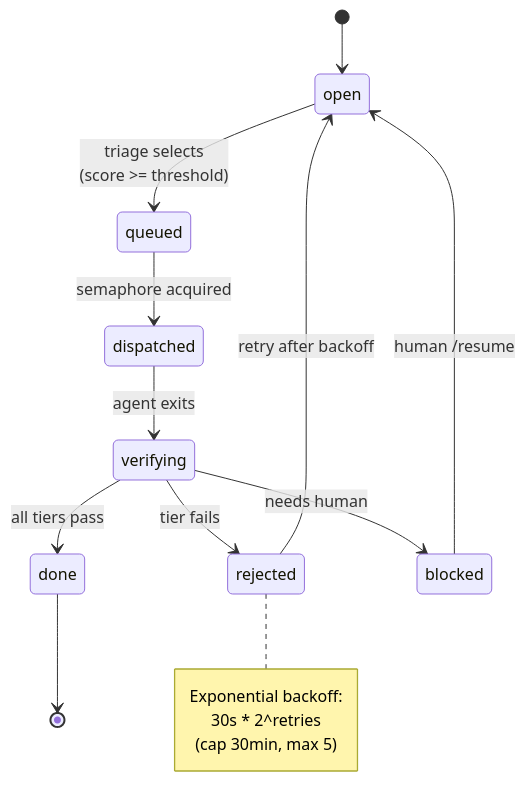
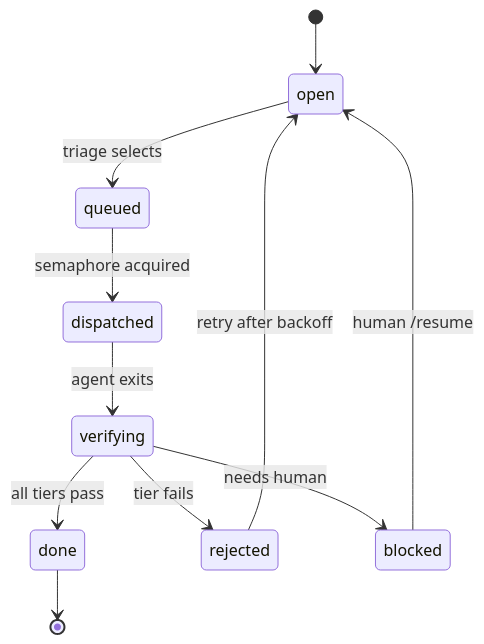
Before and after one commit to agentic-research/rosary: the fifth of 9 diagrams in docs/ARCHITECTURE.md, drawn with Mermaid. The commit also changed other lines of this file and 1 other file, not shown here.

First line of the commit message:
docs: rewrite ARCHITECTURE.md — BDR lattice, conductor, 26 tools

````diff
--- a/docs/ARCHITECTURE.md
+++ b/docs/ARCHITECTURE.md
@@ -67,22 +139,16 @@
 ```mermaid
 stateDiagram-v2
     [*] --> open
 
-    open --> queued : triage selects<br/>(score >= threshold)
+    open --> queued : triage selects
     queued --> dispatched : semaphore acquired
     dispatched --> verifying : agent exits
     verifying --> done : all tiers pass
     verifying --> rejected : tier fails
     verifying --> blocked : needs human
 
     rejected --> open : retry after backoff
     blocked --> open : human /resume
 
     done --> [*]
-
-    note right of rejected
-        Exponential backoff:
-        30s * 2^retries
-        (cap 30min, max 5)
-    end note
 ```
````
